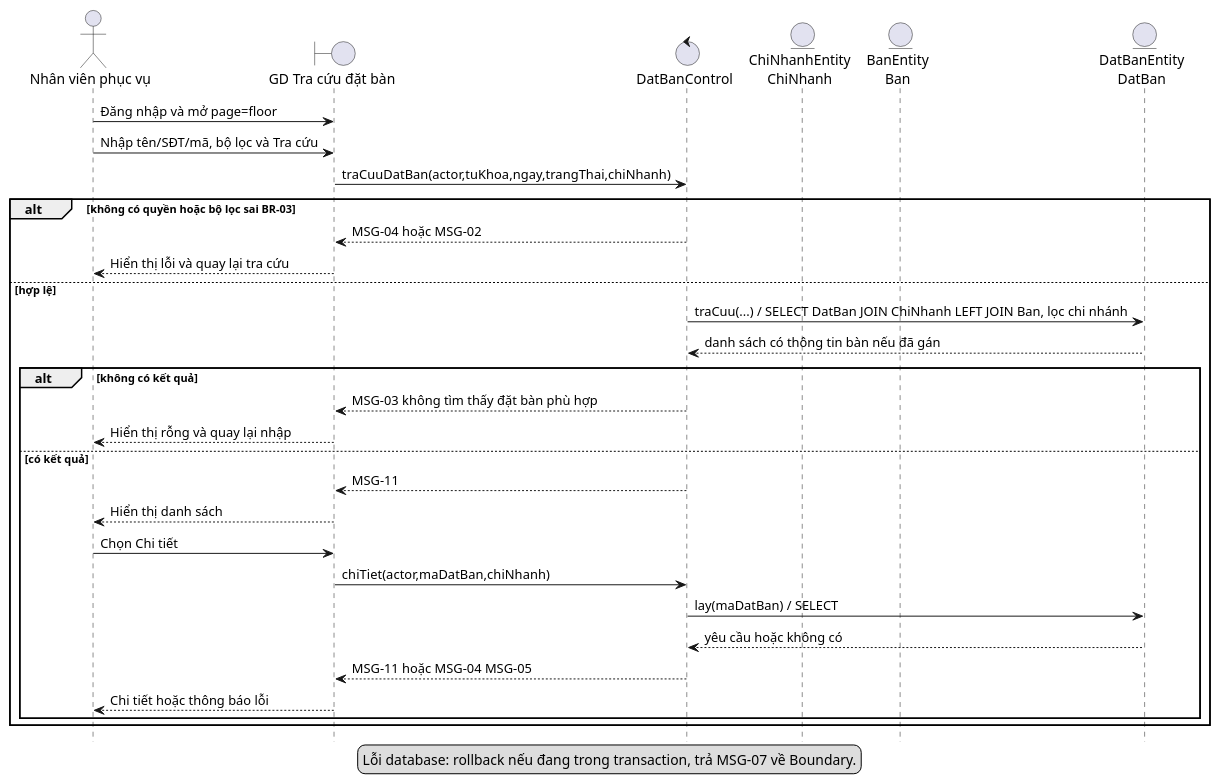
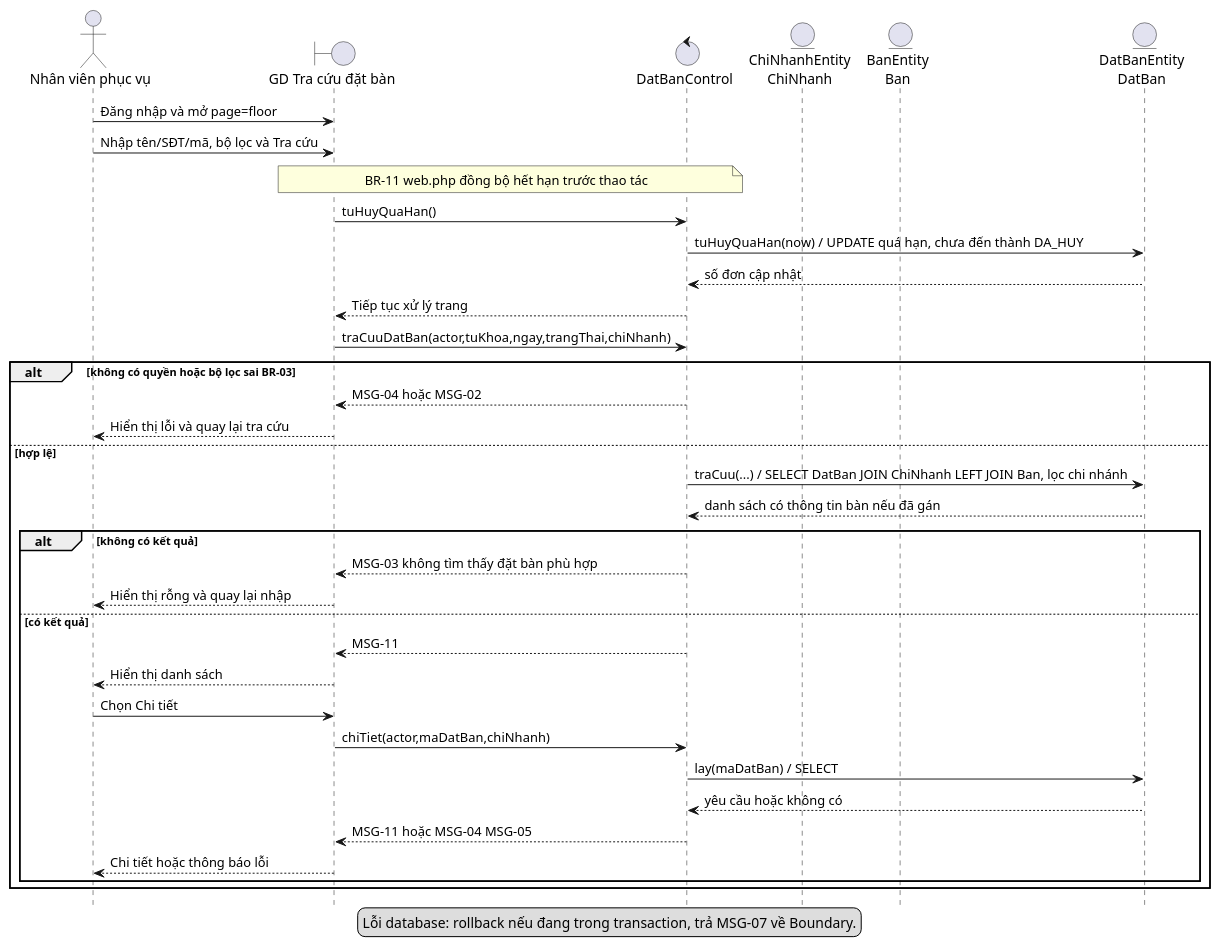
The diagram in docs/dat-ban-ca-nhan/sequence/SD-05.puml (lybaonghi1912/restaurant-chain), drawn with PlantUML before and after one commit. The commit also changed 33 other files, not shown here.

Commit message:
Synchronize reservation grace period, arrival flow, sequences and test cases

```diff
--- a/docs/dat-ban-ca-nhan/sequence/SD-05.puml
+++ b/docs/dat-ban-ca-nhan/sequence/SD-05.puml
@@ -1,38 +1,43 @@
 @startuml
 hide footbox
 skinparam defaultFontName Arial
 skinparam responseMessageBelowArrow true
 actor "Nhân viên phục vụ" as A
 boundary "GD Tra cứu đặt bàn" as B
 control "DatBanControl" as C
 entity "ChiNhanhEntity\nChiNhanh" as CN
 entity "BanEntity\nBan" as T
 entity "DatBanEntity\nDatBan" as D
 A -> B : Đăng nhập và mở page=floor
 A -> B : Nhập tên/SĐT/mã, bộ lọc và Tra cứu
+note over B,C : BR-11 web.php đồng bộ hết hạn trước thao tác
+B -> C : tuHuyQuaHan()
+C -> D : tuHuyQuaHan(now) / UPDATE quá hạn, chưa đến thành DA_HUY
+D --> C : số đơn cập nhật
+C --> B : Tiếp tục xử lý trang
 B -> C : traCuuDatBan(actor,tuKhoa,ngay,trangThai,chiNhanh)
 alt không có quyền hoặc bộ lọc sai BR-03
 C --> B : MSG-04 hoặc MSG-02
 B --> A : Hiển thị lỗi và quay lại tra cứu
 else hợp lệ
 C -> D : traCuu(...) / SELECT DatBan JOIN ChiNhanh LEFT JOIN Ban, lọc chi nhánh
 D --> C : danh sách có thông tin bàn nếu đã gán
 alt không có kết quả
 C --> B : MSG-03 không tìm thấy đặt bàn phù hợp
 B --> A : Hiển thị rỗng và quay lại nhập
 else có kết quả
 C --> B : MSG-11
 B --> A : Hiển thị danh sách
 A -> B : Chọn Chi tiết
 B -> C : chiTiet(actor,maDatBan,chiNhanh)
 C -> D : lay(maDatBan) / SELECT
 D --> C : yêu cầu hoặc không có
 C --> B : MSG-11 hoặc MSG-04 MSG-05
 B --> A : Chi tiết hoặc thông báo lỗi
 end
 end
 
 legend bottom
 Lỗi database: rollback nếu đang trong transaction, trả MSG-07 về Boundary.
 endlegend
 @enduml
```
